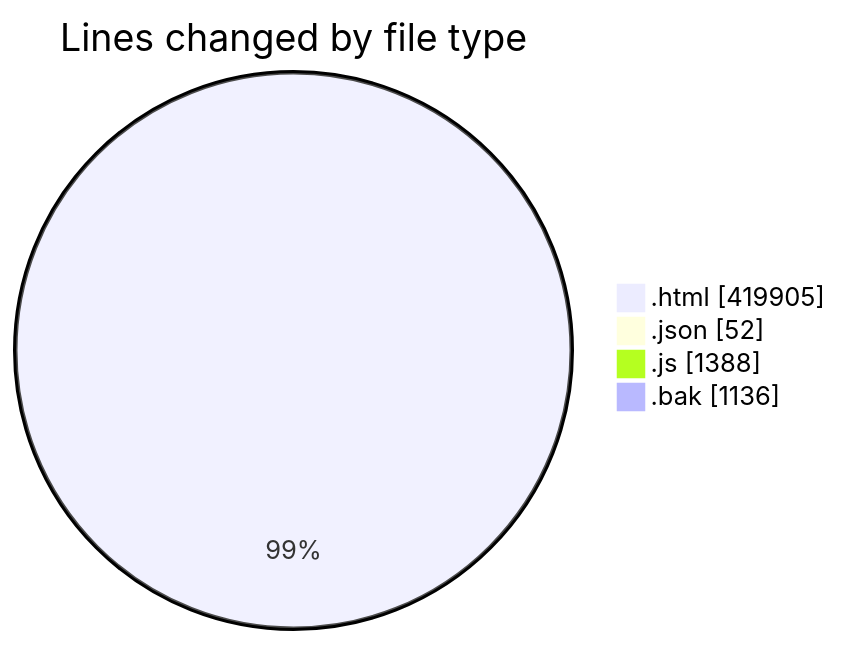
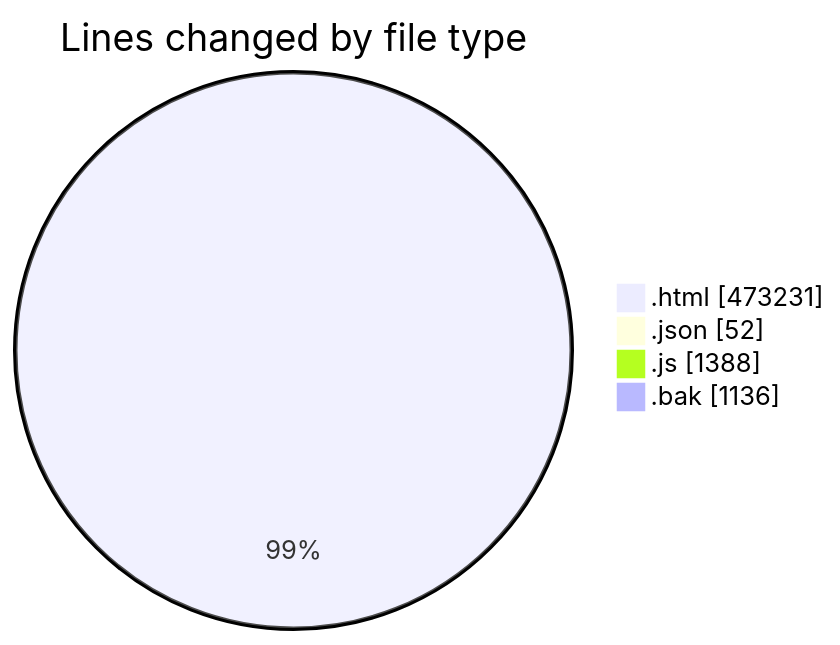
One commit to vahidmafi/code-tracking changed the first of 2 diagrams in 2025-09-16/www/README.md. Above: the diagram before and after it, drawn with Mermaid. The commit also changed other lines of this file and 1 other file, not shown here.

````diff
--- a/2025-09-16/www/README.md
+++ b/2025-09-16/www/README.md
@@ -587,8 +587,8 @@
 ```mermaid
 pie showData
 title Lines changed by file type
-".html" : 419905
+".html" : 473231
 ".json" : 52
 ".js" : 1388
 ".bak" : 1136
 ```
````
